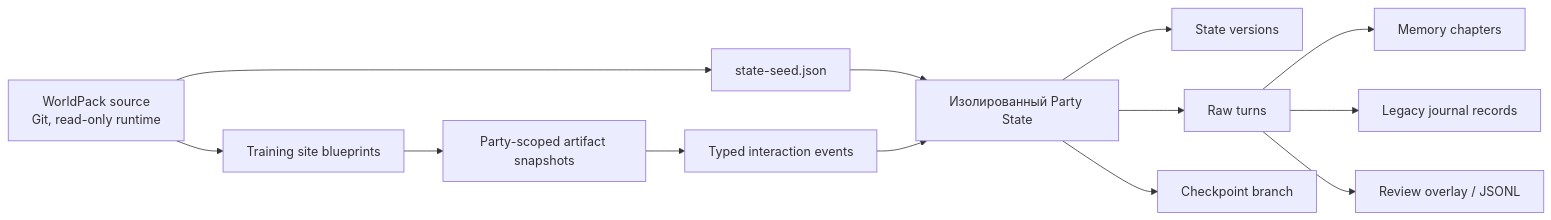
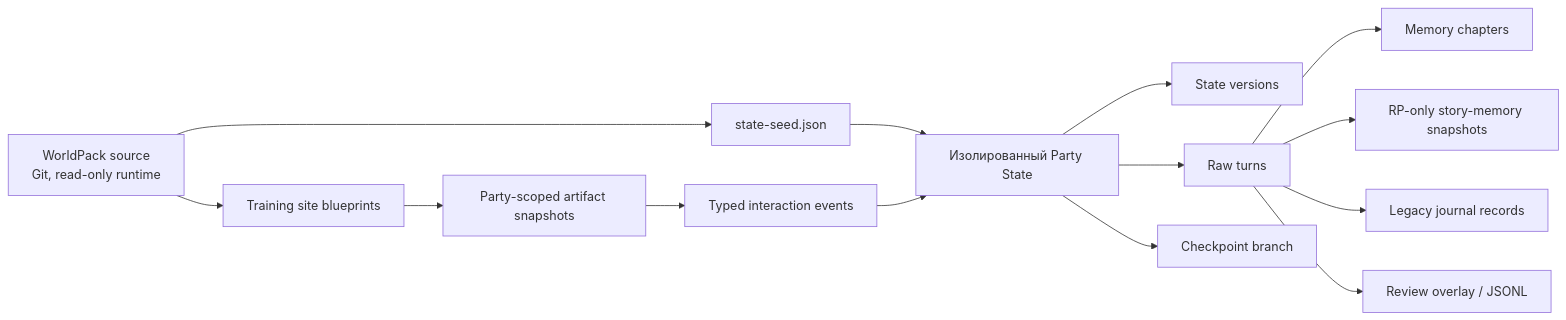
One commit to abykovwww-byte/ubuntu_ansible_palybooks changed the second of 3 diagrams in docs/wiki/01-architecture.md. Above: the diagram before and after it, drawn with Mermaid. The commit also changed other lines of this file and 30 other files, not shown here.

Commit message:
feat(rp-stack): add RP-only living story memory

````diff
--- a/docs/wiki/01-architecture.md
+++ b/docs/wiki/01-architecture.md
@@ -62,15 +63,16 @@
 ```mermaid
 flowchart LR
     WP["WorldPack source\nGit, read-only runtime"] --> Seed["state-seed.json"]
     Seed --> PS["Изолированный Party State"]
     PS --> SV["State versions"]
     PS --> Turns["Raw turns"]
     Turns --> Mem["Memory chapters"]
+    Turns --> Story["RP-only story-memory snapshots"]
     Turns --> Journal["Legacy journal records"]
     Turns --> Dataset["Review overlay / JSONL"]
     PS --> Branch["Checkpoint branch"]
     WP --> Blueprint["Training site blueprints"]
     Blueprint --> Artifact["Party-scoped artifact snapshots"]
     Artifact --> Events["Typed interaction events"]
     Events --> PS
 ```
````
